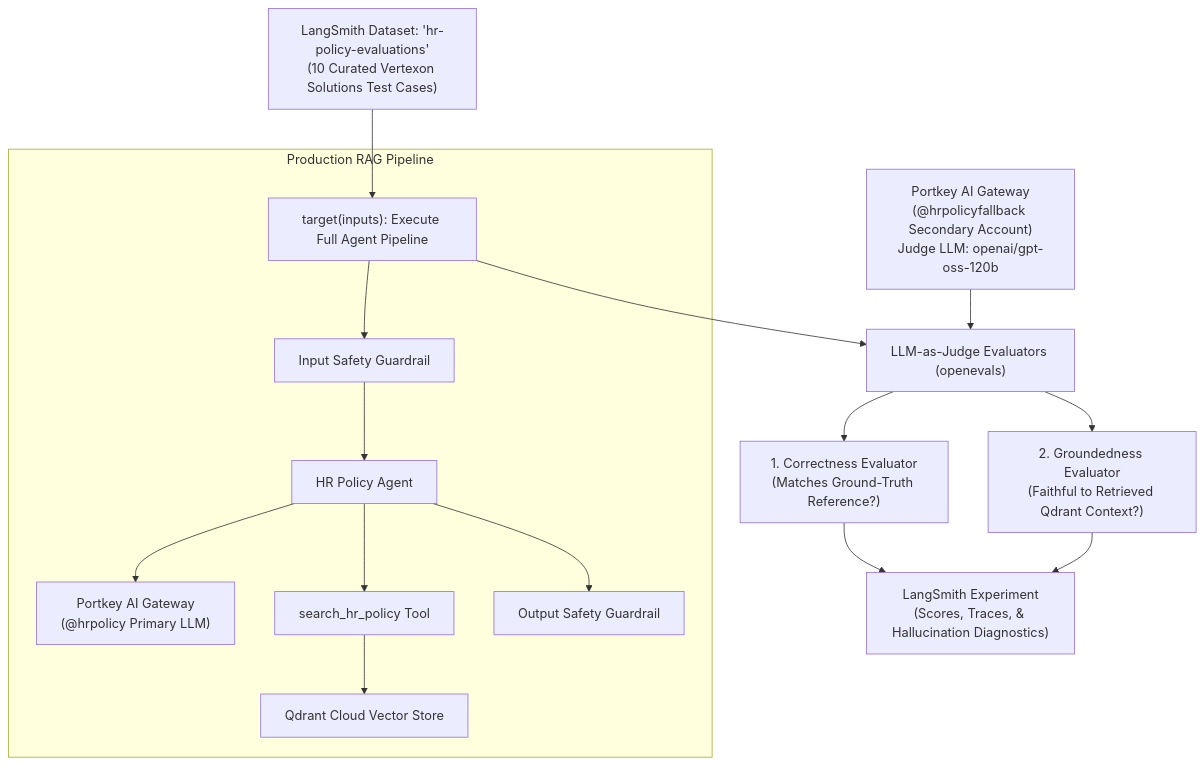
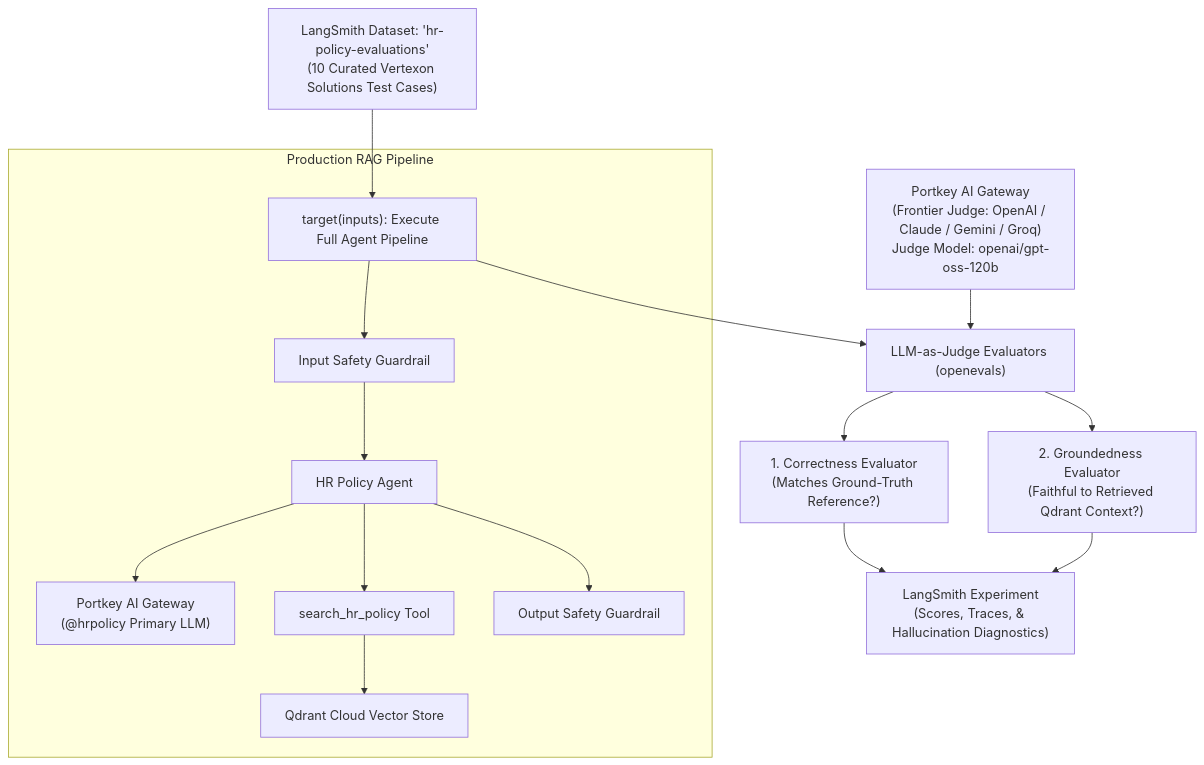
The diagram in docs/06_evaluations.md (narendhar11/hr-policy-rag-assistant), drawn with Mermaid before and after one commit. The commit also changed other lines of this file and 2 other files, not shown here.

Commit message:
refactor(evals): implement cross-provider evaluation architecture with frontier judge

````diff
--- a/docs/06_evaluations.md
+++ b/docs/06_evaluations.md
@@ -17,22 +17,22 @@
 ```mermaid
 flowchart TD
     Dataset["LangSmith Dataset: 'hr-policy-evaluations'<br/>(10 Curated Vertexon Solutions Test Cases)"] --> Target["target(inputs): Execute Full Agent Pipeline"]
     
     subgraph AgentPipeline["Production RAG Pipeline"]
         Target --> InputGuard["Input Safety Guardrail"]
         InputGuard --> Agent["HR Policy Agent"]
         Agent --> PortkeyMain["Portkey AI Gateway<br/>(@hrpolicy Primary LLM)"]
         Agent --> Tools["search_hr_policy Tool"]
         Tools --> Qdrant["Qdrant Cloud Vector Store"]
         Agent --> OutputGuard["Output Safety Guardrail"]
     end
     
     Target --> Evaluators["LLM-as-Judge Evaluators (openevals)"]
-    PortkeyJudge["Portkey AI Gateway<br/>(@hrpolicyfallback Secondary Account)<br/>Judge LLM: openai/gpt-oss-120b"] --> Evaluators
+    PortkeyJudge["Portkey AI Gateway<br/>(Frontier Judge: OpenAI / Claude / Gemini / Groq)<br/>Judge Model: openai/gpt-oss-120b"] --> Evaluators
     
     Evaluators --> Correctness["1. Correctness Evaluator<br/>(Matches Ground-Truth Reference?)"]
     Evaluators --> Groundedness["2. Groundedness Evaluator<br/>(Faithful to Retrieved Qdrant Context?)"]
     
     Correctness --> Experiment["LangSmith Experiment<br/>(Scores, Traces, & Hallucination Diagnostics)"]
     Groundedness --> Experiment
 ```
````
